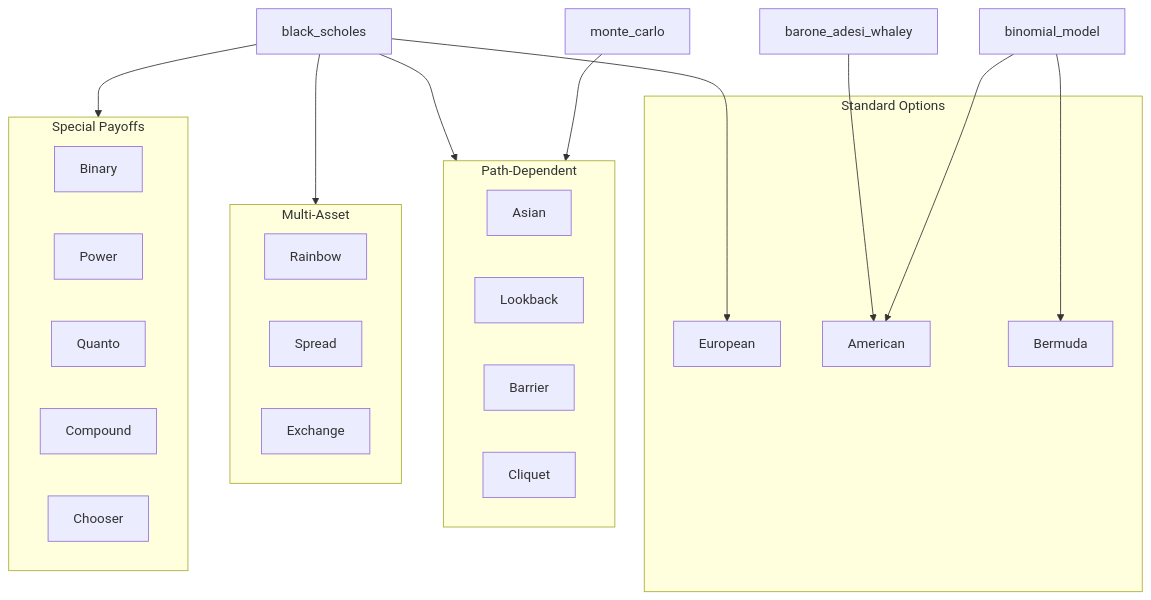
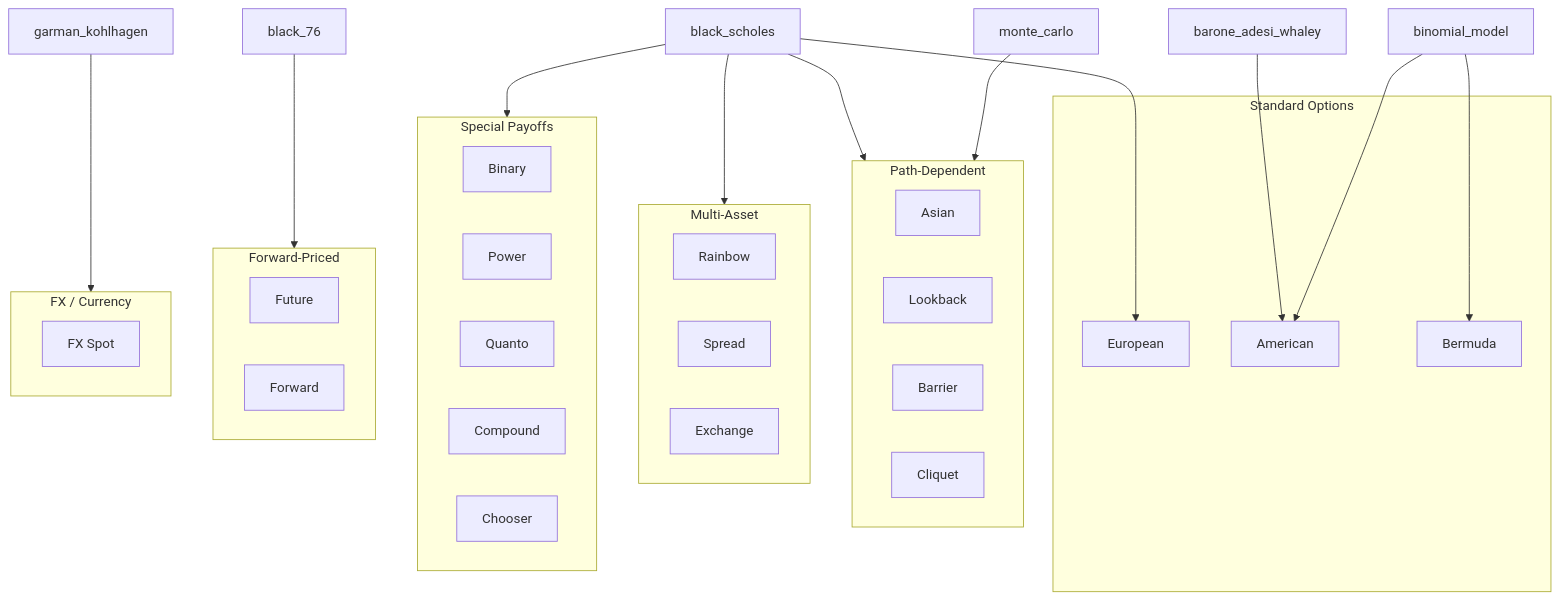
Before and after one commit to joaquinbejar/OptionStratLib: the third of 6 diagrams in README.md, drawn with Mermaid. The commit also changed other lines of this file, not shown here.

Commit message:
docs: update README for v0.17.3 release, add new pricing models
- Bumps documented library version to v0.17.3.
- Introduces Black-76 and Garman-Kohlhagen pricing models in the README.
- Updates dependency examples to reference v0.17.3.

````diff
--- a/README.md
+++ b/README.md
@@ -535,38 +537,49 @@
 ```mermaid
 flowchart TB
     subgraph Standard["Standard Options"]
         EU[European]
         AM[American]
         BE[Bermuda]
     end
 
     subgraph PathDependent["Path-Dependent"]
         AS[Asian]
         LB[Lookback]
         BA[Barrier]
         CL[Cliquet]
     end
 
     subgraph MultiAsset["Multi-Asset"]
         RB[Rainbow]
         SP[Spread]
         EX[Exchange]
     end
 
     subgraph Special["Special Payoffs"]
         BI[Binary]
         PW[Power]
         QU[Quanto]
         CO[Compound]
         CH[Chooser]
     end
 
+    subgraph Forward["Forward-Priced"]
+        FUT[Future]
+        FWD[Forward]
+    end
+
+    subgraph FX["FX / Currency"]
+        FX_S[FX Spot]
+    end
+
     BS[black_scholes] --> EU
     BS --> PathDependent
     BS --> MultiAsset
     BS --> Special
+    B76[black_76] --> Forward
+    GK[garman_kohlhagen] --> FX
     BAW[barone_adesi_whaley] --> AM
     BIN[binomial_model] --> AM
     BIN --> BE
     MC[monte_carlo] --> PathDependent
 ```
````
